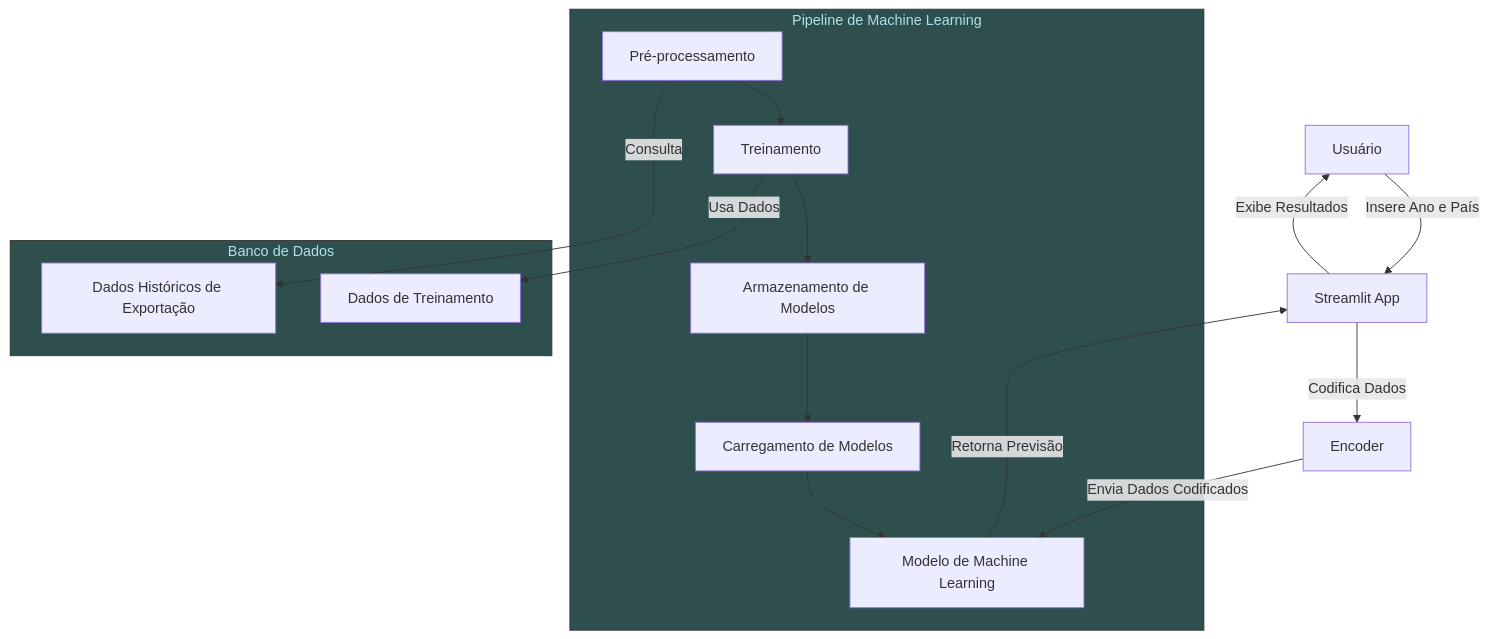
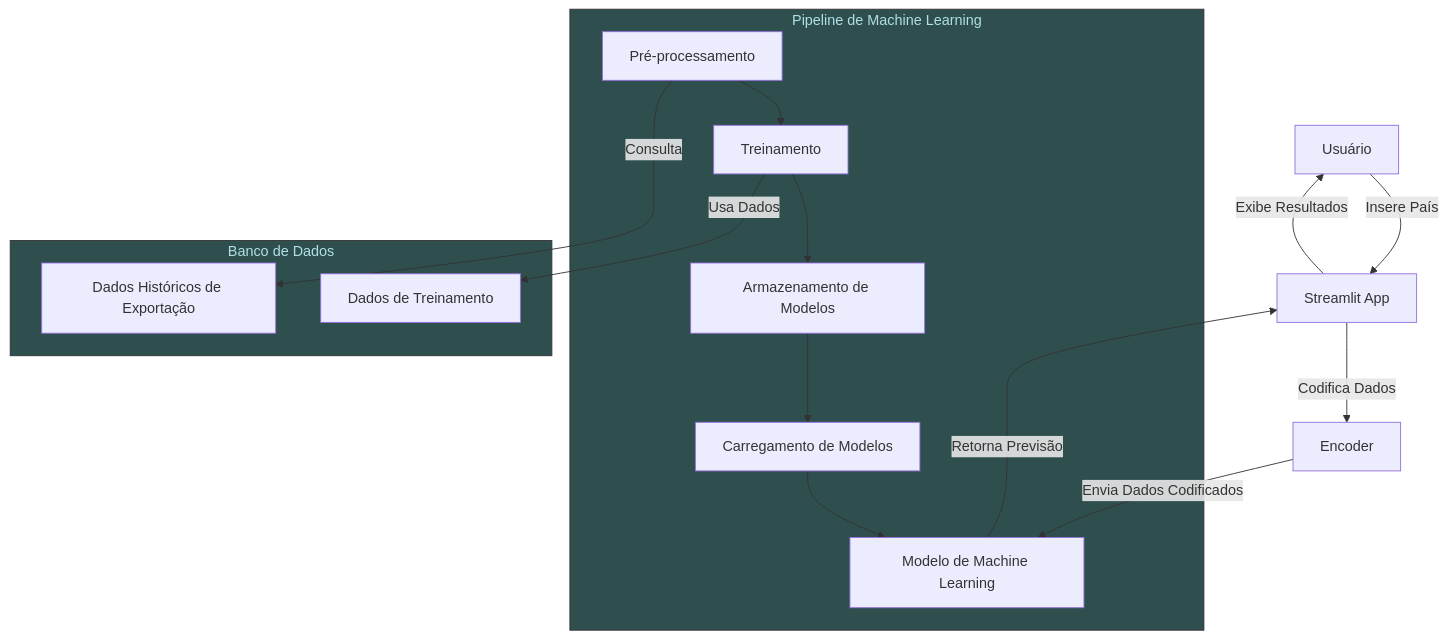
Before and after one commit to diegoalber1/ml-tech-fiap-vitivinicultura-api: the ninth of 10 diagrams in README.md, drawn with Mermaid. The commit also changed other lines of this file, not shown here.

````diff
--- a/README.md
+++ b/README.md
@@ -458,26 +458,26 @@
 ```mermaid
 graph TD
-A[Usuário] -->|Insere Ano e País| B[Streamlit App]
+A[Usuário] -->|Insere País| B[Streamlit App]
 B -->|Codifica Dados| C[Encoder]
 C -->|Envia Dados Codificados| D[Modelo de Machine Learning]
 D -->|Retorna Previsão| B
 B -->|Exibe Resultados| A
 
 subgraph Pipeline_ML [Pipeline de Machine Learning]
 style Pipeline_ML fill:#2F4F4F,stroke:#333,stroke-width:1px,color:#B0E0E6
 E[Pré-processamento] --> F[Treinamento]
 F --> G[Armazenamento de Modelos]
 G --> H[Carregamento de Modelos]
 H --> D
 end
 
 subgraph Banco_de_Dados [Banco de Dados]
 style Banco_de_Dados fill:#2F4F4F,stroke:#333,stroke-width:1px,color:#B0E0E6
 I[Dados Históricos de Exportação]
 J[Dados de Treinamento]
 end
 
 E -->|Consulta| I
 F -->|Usa Dados| J
 
 ```
````
